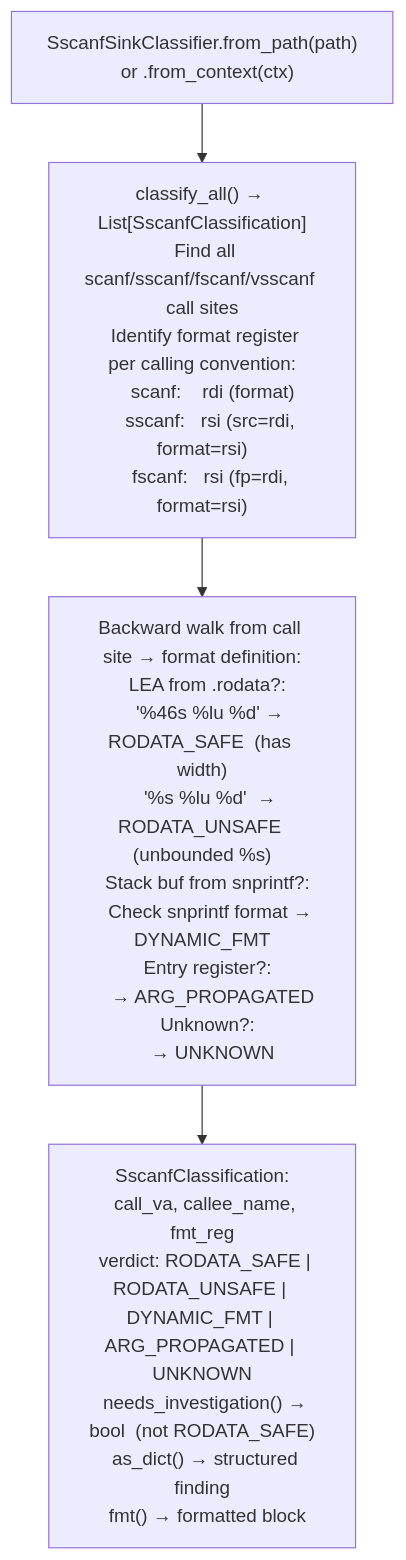
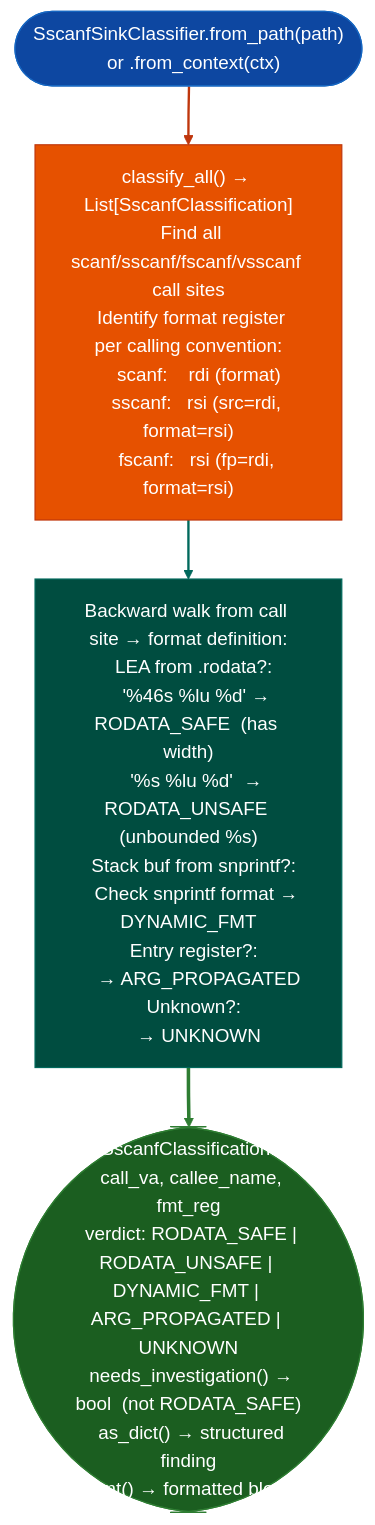
Before and after one commit to Ablation-Tool/ablation: the diagram in docs/reference-modules/scanf-family-overflow-candidates.md, drawn with Mermaid. The commit also changed 320 other files, not shown here.

First line of the commit message:
docs: apply canonical Mermaid template to all 321 diagrams

````diff
--- a/docs/reference-modules/scanf-family-overflow-candidates.md
+++ b/docs/reference-modules/scanf-family-overflow-candidates.md
@@ -19,6 +19,15 @@
 ```mermaid
 flowchart TD
-    A["SscanfSinkClassifier.from_path(path)\n  or .from_context(ctx)"] --> B["classify_all() → List[SscanfClassification]\n  Find all scanf/sscanf/fscanf/vsscanf call sites\n  Identify format register per calling convention:\n    scanf:    rdi (format)\n    sscanf:   rsi (src=rdi, format=rsi)\n    fscanf:   rsi (fp=rdi, format=rsi)"]
-    B --> C["Backward walk from call site → format definition:\n  LEA from .rodata?:\n    '%46s %lu %d' → RODATA_SAFE  (has width)\n    '%s %lu %d'  → RODATA_UNSAFE (unbounded %s)\n  Stack buf from snprintf?:\n    Check snprintf format → DYNAMIC_FMT\n  Entry register?:\n    → ARG_PROPAGATED\n  Unknown?:\n    → UNKNOWN"]
-    C --> D["SscanfClassification:\n  call_va, callee_name, fmt_reg\n  verdict: RODATA_SAFE | RODATA_UNSAFE | DYNAMIC_FMT | ARG_PROPAGATED | UNKNOWN\n  needs_investigation() → bool  (not RODATA_SAFE)\n  as_dict() → structured finding\n  fmt() → formatted block"]
+    A(["SscanfSinkClassifier.from_path(path)\n  or .from_context(ctx)"]):::input --> B["classify_all() → List[SscanfClassification]\n  Find all scanf/sscanf/fscanf/vsscanf call sites\n  Identify format register per calling convention:\n    scanf:    rdi (format)\n    sscanf:   rsi (src=rdi, format=rsi)\n    fscanf:   rsi (fp=rdi, format=rsi)"]:::primary
+    B:::primary --> C["Backward walk from call site → format definition:\n  LEA from .rodata?:\n    '%46s %lu %d' → RODATA_SAFE  (has width)\n    '%s %lu %d'  → RODATA_UNSAFE (unbounded %s)\n  Stack buf from snprintf?:\n    Check snprintf format → DYNAMIC_FMT\n  Entry register?:\n    → ARG_PROPAGATED\n  Unknown?:\n    → UNKNOWN"]:::secondary
+    C:::secondary --> D(["SscanfClassification:\n  call_va, callee_name, fmt_reg\n  verdict: RODATA_SAFE | RODATA_UNSAFE | DYNAMIC_FMT | ARG_PROPAGATED | UNKNOWN\n  needs_investigation() → bool  (not RODATA_SAFE)\n  as_dict() → structured finding\n  fmt() → formatted block"]):::output
+    classDef input     fill:#0d47a1,stroke:#1565c0,color:#fff
+    classDef primary   fill:#e65100,stroke:#bf360c,color:#fff
+    classDef secondary fill:#004d40,stroke:#00695c,color:#fff
+    classDef tertiary  fill:#4a148c,stroke:#6a1b9a,color:#fff
+    classDef neutral   fill:#37474f,stroke:#546e7a,color:#fff
+    classDef output    fill:#1b5e20,stroke:#2e7d32,color:#fff
+    linkStyle 0 stroke:#bf360c,stroke-width:2px
+    linkStyle 1 stroke:#00695c,stroke-width:2px
+    linkStyle 2 stroke:#2e7d32,stroke-width:3px
 ```
````
